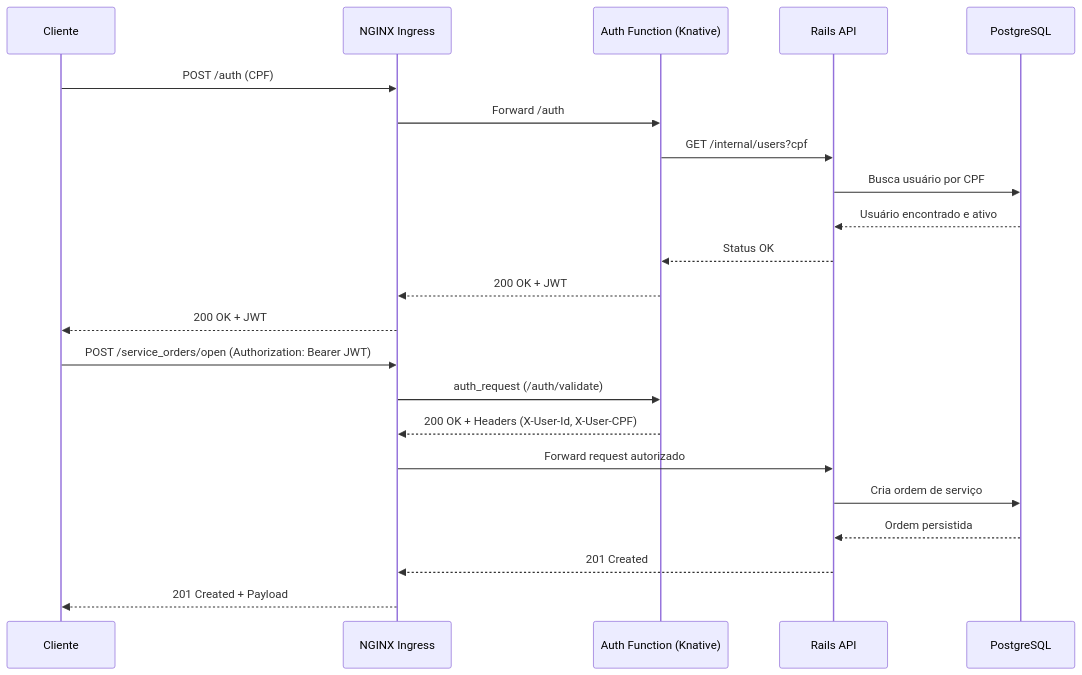
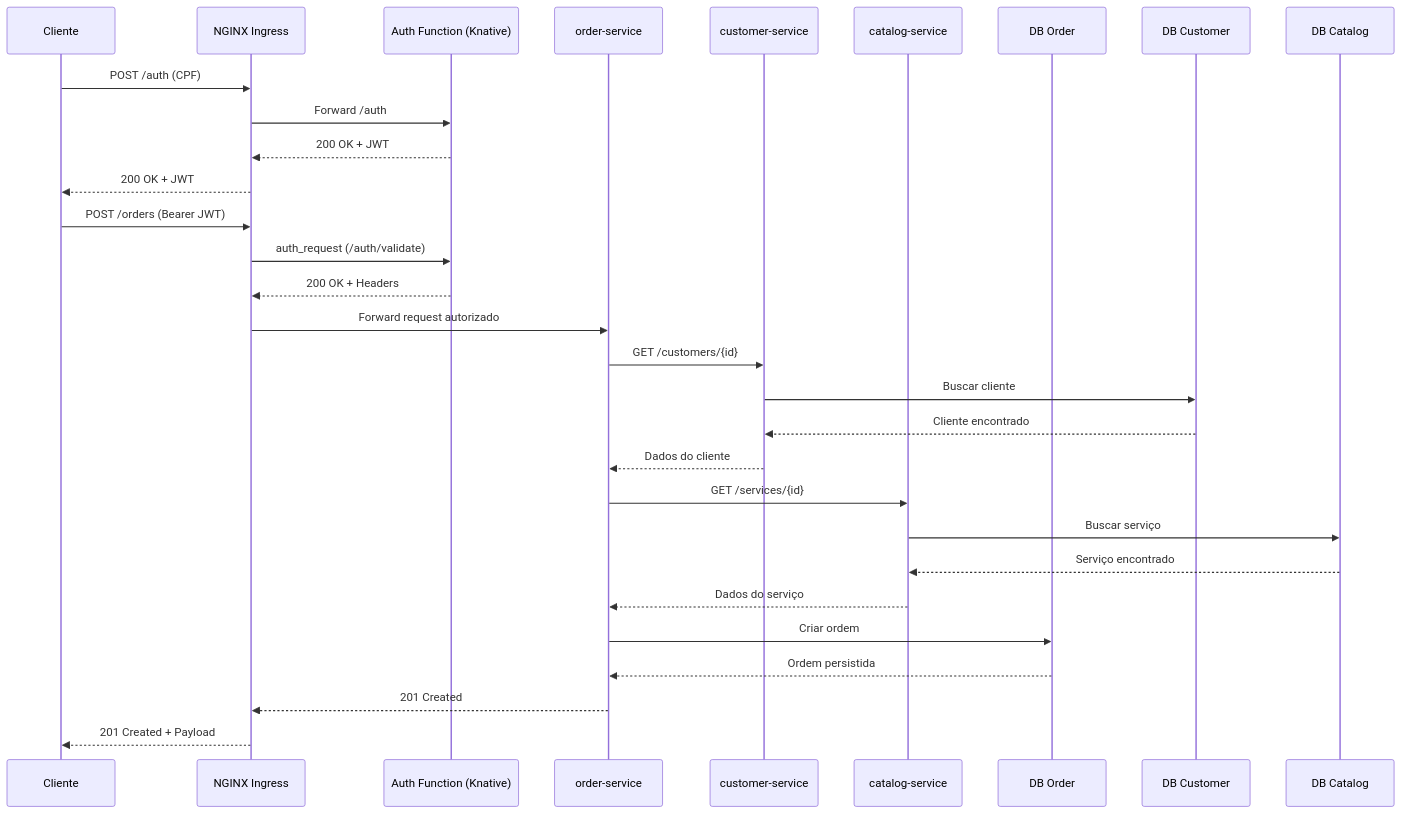
The third of 3 diagrams in README.md (gabriel-murakami/workshop), drawn with Mermaid before and after one commit. The commit also changed other lines of this file and 40 other files, not shown here.

````diff
--- a/README.md
+++ b/README.md
@@ -240,38 +262,49 @@
 ```mermaid
 sequenceDiagram
     participant Client as Cliente
     participant NGINX as NGINX Ingress
     participant AUTH as Auth Function (Knative)
-    participant API as Rails API
-    participant DB as PostgreSQL
+    participant ORDER as order-service
+    participant CUSTOMER as customer-service
+    participant CATALOG as catalog-service
+    participant DB_ORDER as DB Order
+    participant DB_CUSTOMER as DB Customer
+    participant DB_CATALOG as DB Catalog
 
     %% =====================
-    %% ETAPA 1 - AUTENTICAÇÃO
+    %% ETAPA 1 - AUTENTICAÇÃO (somente order-service)
     %% =====================
     Client->>NGINX: POST /auth (CPF)
     NGINX->>AUTH: Forward /auth
-
-    AUTH->>API: GET /internal/users?cpf
-    API->>DB: Busca usuário por CPF
-    DB-->>API: Usuário encontrado e ativo
-    API-->>AUTH: Status OK
-
     AUTH-->>NGINX: 200 OK + JWT
     NGINX-->>Client: 200 OK + JWT
 
     %% =====================
-    %% ETAPA 2 - USO DA API
+    %% ETAPA 2 - CRIAR ORDEM
     %% =====================
-    Client->>NGINX: POST /service_orders/open (Authorization: Bearer JWT)
+    Client->>NGINX: POST /orders (Bearer JWT)
     NGINX->>AUTH: auth_request (/auth/validate)
+    AUTH-->>NGINX: 200 OK + Headers
 
-    AUTH-->>NGINX: 200 OK + Headers (X-User-Id, X-User-CPF)
-    NGINX->>API: Forward request autorizado
+    NGINX->>ORDER: Forward request autorizado
 
-    API->>DB: Cria ordem de serviço
-    DB-->>API: Ordem persistida
+    %% Order consulta dados externos
+    ORDER->>CUSTOMER: GET /customers/{id}
+    CUSTOMER->>DB_CUSTOMER: Buscar cliente
+    DB_CUSTOMER-->>CUSTOMER: Cliente encontrado
+    CUSTOMER-->>ORDER: Dados do cliente
 
-    API-->>NGINX: 201 Created
+    ORDER->>CATALOG: GET /services/{id}
+    CATALOG->>DB_CATALOG: Buscar serviço
+    DB_CATALOG-->>CATALOG: Serviço encontrado
+    CATALOG-->>ORDER: Dados do serviço
+
+    %% Persistência final
+    ORDER->>DB_ORDER: Criar ordem
+    DB_ORDER-->>ORDER: Ordem persistida
+
+    ORDER-->>NGINX: 201 Created
     NGINX-->>Client: 201 Created + Payload
 
+
 ```
````
